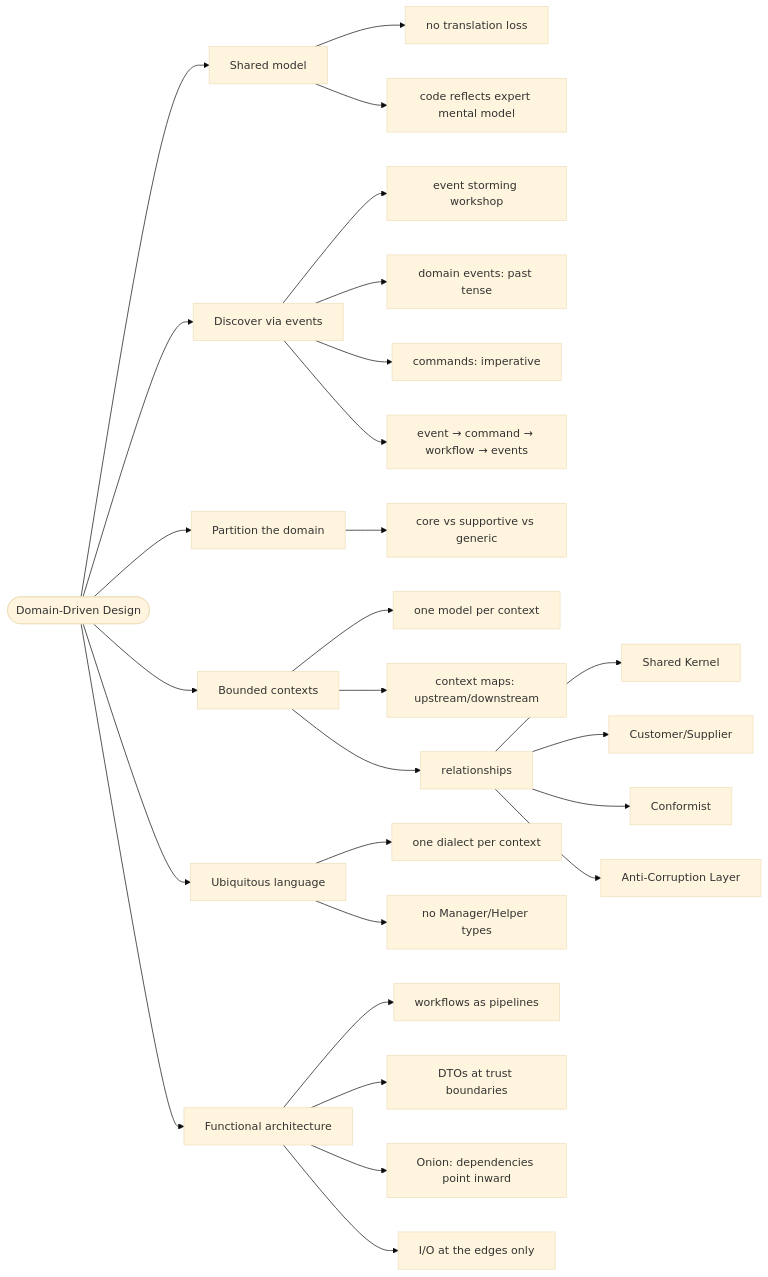
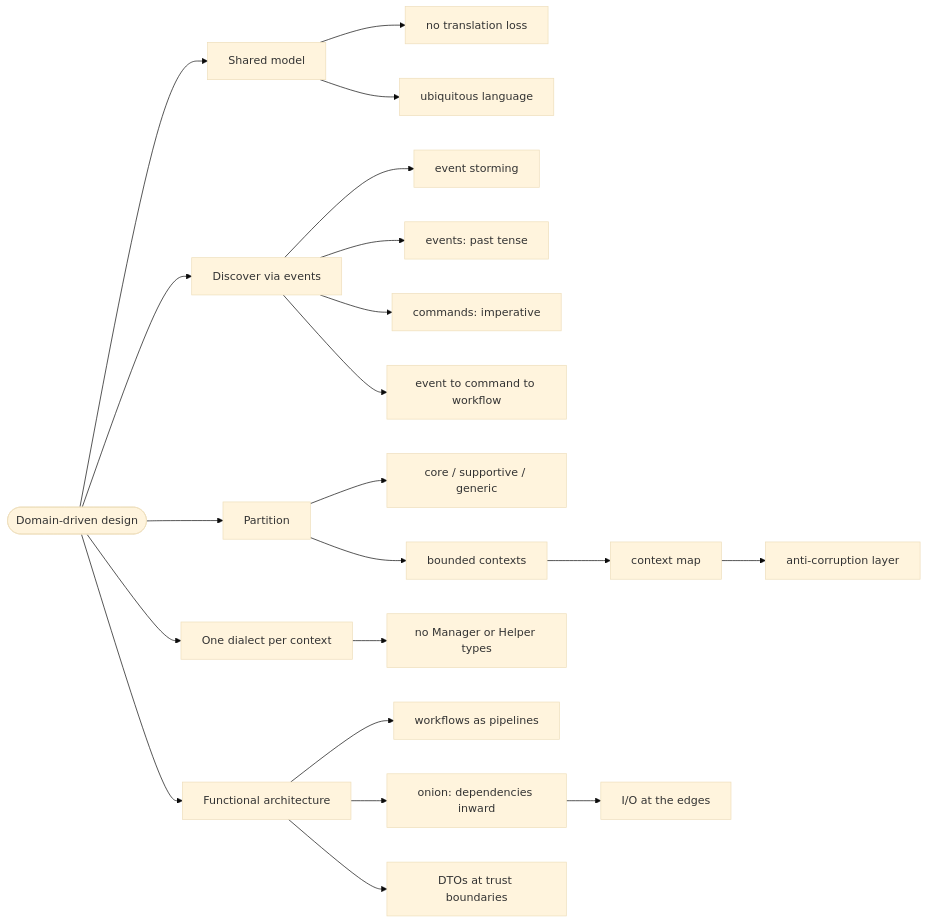
Before and after one commit to 42WASD/42wasd-community-web: the diagram in docs/knowledge/domain-driven-design/index.md, drawn with Mermaid (base theme). The commit also changed other lines of this file and 36 other files, not shown here.

````diff
--- a/docs/knowledge/domain-driven-design/index.md
+++ b/docs/knowledge/domain-driven-design/index.md
@@ -106,56 +152,44 @@
 ```mermaid
 flowchart LR
-    n1(["Domain-Driven Design"])
+    n1(["Domain-driven design"])
     n2["Shared model"]
     n3["no translation loss"]
-    n4["code reflects expert mental model"]
+    n4["ubiquitous language"]
     n5["Discover via events"]
-    n6["event storming workshop"]
-    n7["domain events: past tense"]
+    n6["event storming"]
+    n7["events: past tense"]
     n8["commands: imperative"]
-    n9["event → command → workflow → events"]
-    n10["Partition the domain"]
-    n11["core vs supportive vs generic"]
-    n12["Bounded contexts"]
-    n13["one model per context"]
-    n14["context maps: upstream/downstream"]
-    n15["relationships"]
-    n16["Shared Kernel"]
-    n17["Customer/Supplier"]
-    n18["Conformist"]
-    n19["Anti-Corruption Layer"]
-    n20["Ubiquitous language"]
-    n21["one dialect per context"]
-    n22["no Manager/Helper types"]
-    n23["Functional architecture"]
-    n24["workflows as pipelines"]
-    n25["DTOs at trust boundaries"]
-    n26["Onion: dependencies point inward"]
-    n27["I/O at the edges only"]
+    n9["event to command to workflow"]
+    n10["Partition"]
+    n11["core / supportive / generic"]
+    n12["bounded contexts"]
+    n13["context map"]
+    n14["anti-corruption layer"]
+    n15["One dialect per context"]
+    n16["no Manager or Helper types"]
+    n17["Functional architecture"]
+    n18["workflows as pipelines"]
+    n19["onion: dependencies inward"]
+    n20["I/O at the edges"]
+    n21["DTOs at trust boundaries"]
     n1 --> n2
     n2 --> n3
     n2 --> n4
     n1 --> n5
     n5 --> n6
     n5 --> n7
     n5 --> n8
     n5 --> n9
     n1 --> n10
     n10 --> n11
-    n1 --> n12
+    n10 --> n12
     n12 --> n13
-    n12 --> n14
-    n12 --> n15
+    n13 --> n14
+    n1 --> n15
     n15 --> n16
-    n15 --> n17
-    n15 --> n18
-    n15 --> n19
-    n1 --> n20
-    n20 --> n21
-    n20 --> n22
-    n1 --> n23
-    n23 --> n24
-    n23 --> n25
-    n23 --> n26
-    n23 --> n27
+    n1 --> n17
+    n17 --> n18
+    n17 --> n19
+    n19 --> n20
+    n17 --> n21
 ```
````
